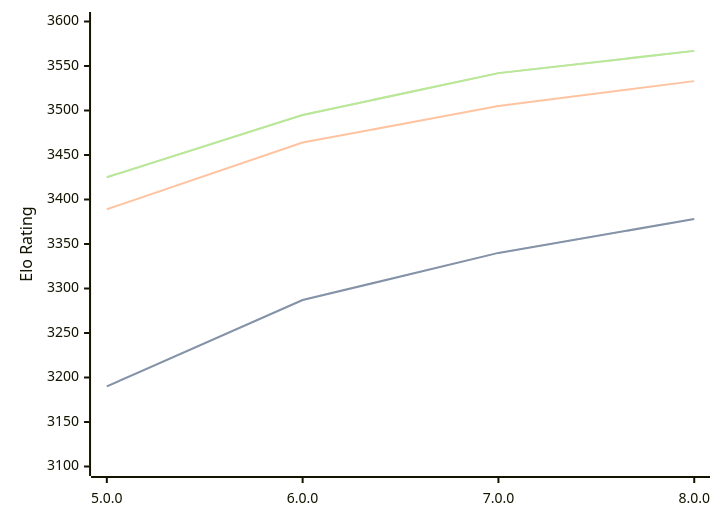
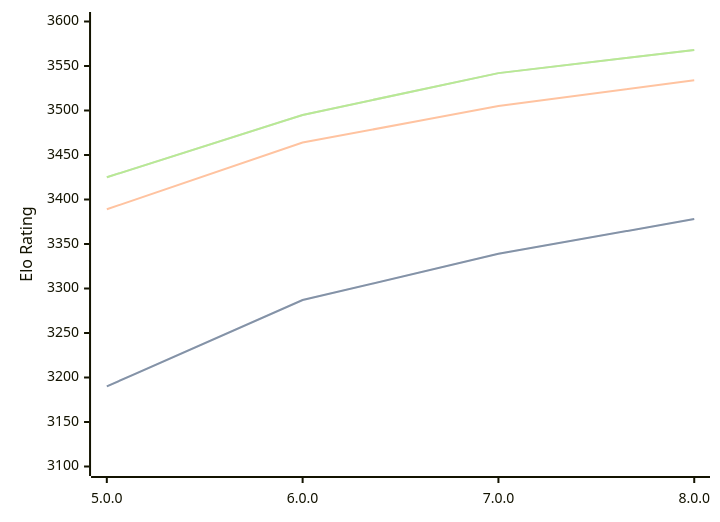
One commit to computer-chess-index/cci changed the diagram in engines/Stormphrax.md. Above: the diagram before and after it, drawn with Mermaid. The commit also changed other lines of this file, not shown here.

Commit message:
Update CCI Ratings (ELO VLTC) - 2026-07-28

````diff
--- a/engines/Stormphrax.md
+++ b/engines/Stormphrax.md
@@ -39,11 +39,11 @@
 ```mermaid
 %%{init: {"theme":"base","themeVariables":{"seriesColors:['#a3a3a3','#222221','#faa371']}}}%%
 xychart-beta
   x-axis ["5.0.0", "6.0.0", "7.0.0", "8.0.0"]
   y-axis "Elo Rating" 3100 --> 3600
-  line "STC (8.0+0.08s)" [3190, 3287, 3340, 3378]
-  line "STC (8.0+0.08s)" [3190, 3287, 3340, 3378]
-  line "LTC (60.0+0.60s)" [3389, 3464, 3505, 3533]
-  line "VLTC (2m24s+1.12s)" [3425, 3495, 3542, 3567]
-  line "VLTC (2m24s+1.12s)" [3425, 3495, 3542, 3567]
+  line "STC (8.0+0.08s)" [3190, 3287, 3339, 3378]
+  line "STC (8.0+0.08s)" [3190, 3287, 3339, 3378]
+  line "LTC (60.0+0.60s)" [3389, 3464, 3505, 3534]
+  line "VLTC (2m24s+1.12s)" [3425, 3495, 3542, 3568]
+  line "VLTC (2m24s+1.12s)" [3425, 3495, 3542, 3568]
 ```
````
